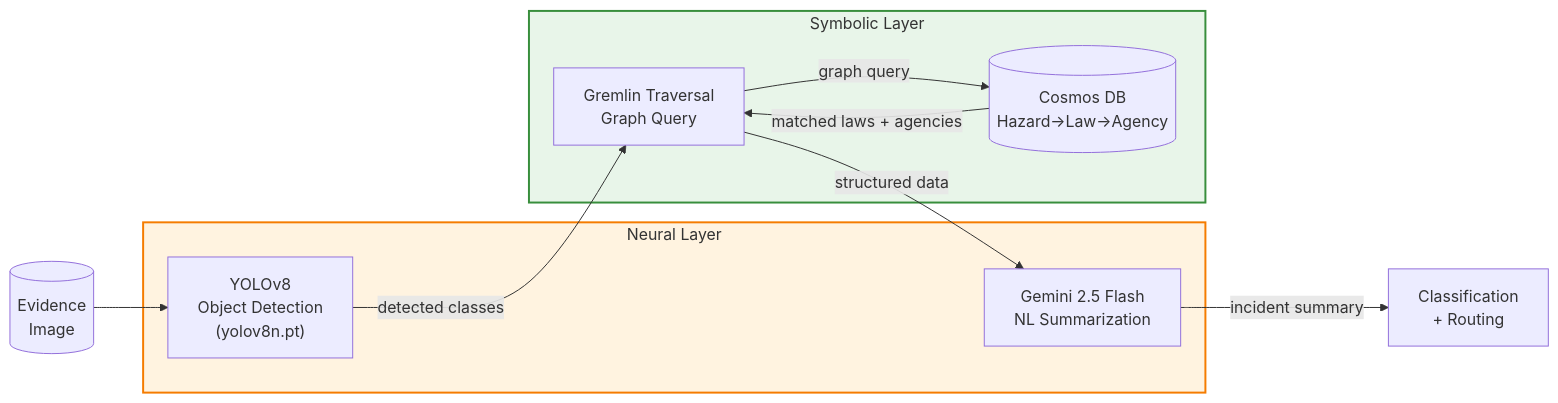
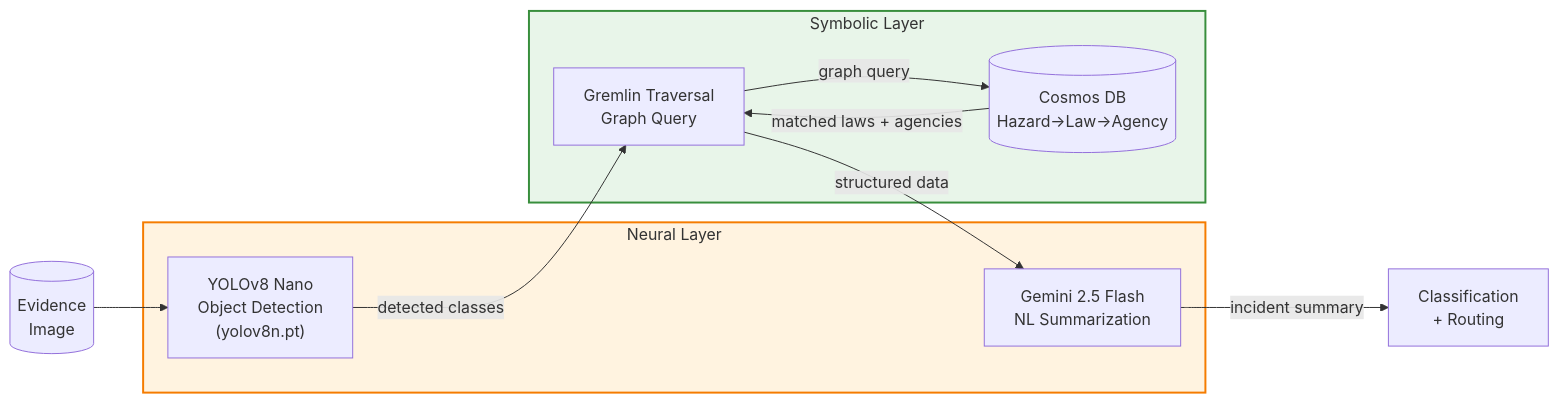
One commit to J-Akiru5/LikasLens changed the third of 4 diagrams in docs/dataflow-diagram.md. Above: the diagram before and after it, drawn with Mermaid. The commit also changed other lines of this file and 79 other files, not shown here.

````diff
--- a/docs/dataflow-diagram.md
+++ b/docs/dataflow-diagram.md
@@ -181,22 +181,22 @@
 ```mermaid
 flowchart LR
     subgraph Neural["Neural Layer"]
-        YOLO["YOLOv8<br/>Object Detection<br/>(yolov8n.pt)"]
+        YOLO["YOLOv8 Nano<br/>Object Detection<br/>(yolov8n.pt)"]
         Gemini["Gemini 2.5 Flash<br/>NL Summarization"]
     end
 
     subgraph Symbolic["Symbolic Layer"]
         Gremlin["Gremlin Traversal<br/>Graph Query"]
         GraphDB[("Cosmos DB<br/>Hazard→Law→Agency")]
     end
 
     Image[("Evidence<br/>Image")] --> YOLO
     YOLO -->|detected classes| Gremlin
     Gremlin -->|graph query| GraphDB
     GraphDB -->|matched laws + agencies| Gremlin
     Gremlin -->|structured data| Gemini
     Gemini -->|incident summary| Output["Classification<br/>+ Routing"]
 
     style Neural fill:#fff3e0,stroke:#f57c00,stroke-width:2px
     style Symbolic fill:#e8f5e9,stroke:#388e3c,stroke-width:2px
 ```
````
